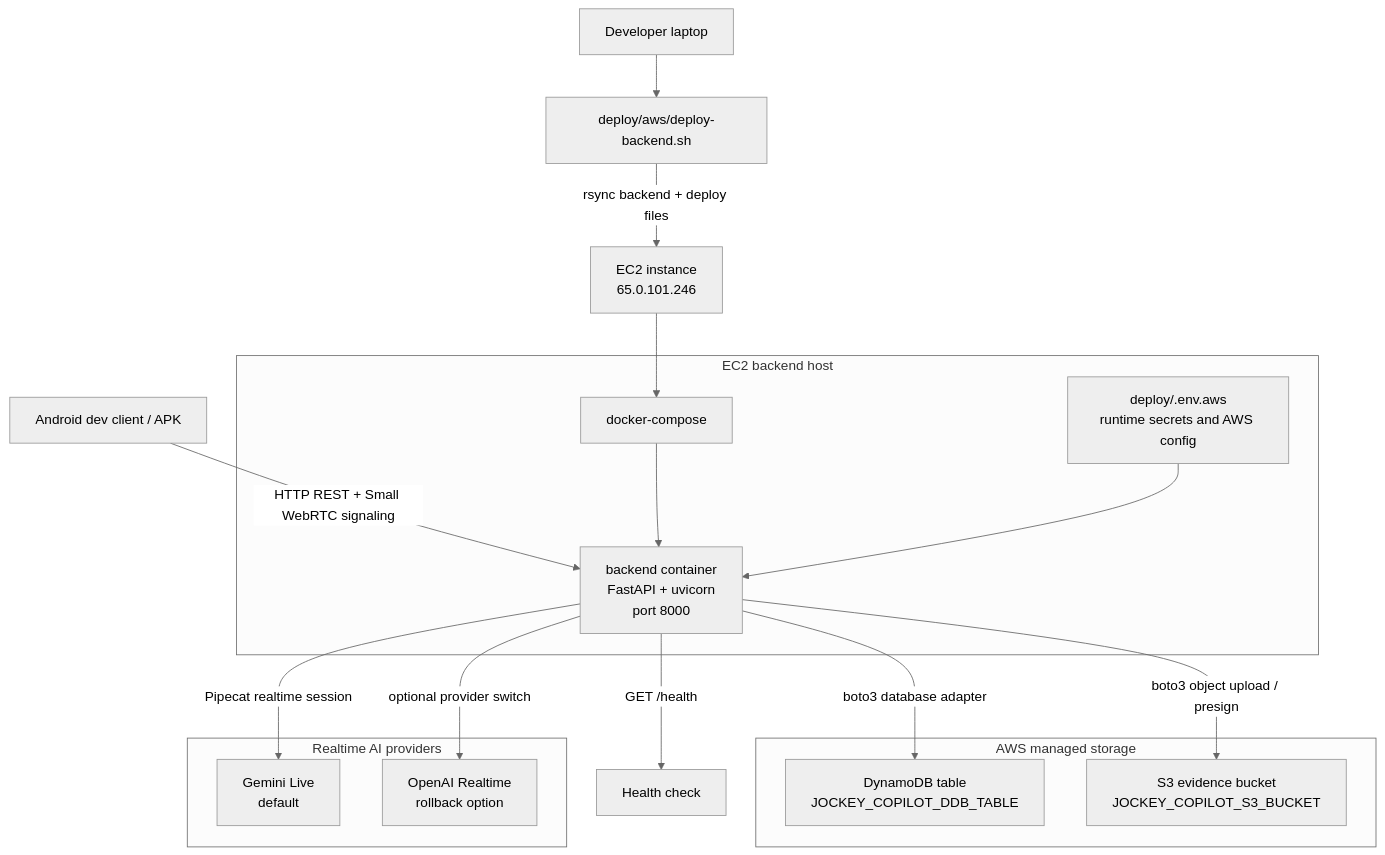
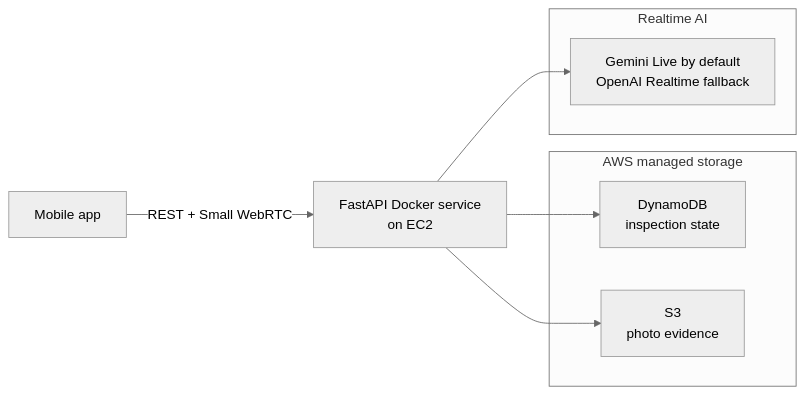
The first of 11 diagrams in ARCHITECTURE.md (adityabhattad2021/Inspection-Copilot), drawn with Mermaid (neutral theme) before and after one commit. The commit also changed other lines of this file, not shown here.

````diff
--- a/ARCHITECTURE.md
+++ b/ARCHITECTURE.md
@@ -25,31 +25,17 @@
 ```mermaid
-flowchart TB
-  Dev["Developer laptop"] --> DeployScript["deploy/aws/deploy-backend.sh"]
-  DeployScript -->|rsync backend + deploy files| EC2Host["EC2 instance<br/>65.0.101.246"]
+flowchart LR
+  Mobile["Mobile app"] -->|REST + Small WebRTC| Backend["FastAPI Docker service<br/>on EC2"]
 
-  subgraph EC2["EC2 backend host"]
-    Compose["docker-compose"]
-    Container["backend container<br/>FastAPI + uvicorn<br/>port 8000"]
-    Env["deploy/.env.aws<br/>runtime secrets and AWS config"]
+  subgraph AWS["AWS managed storage"]
+    DDB["DynamoDB<br/>inspection state"]
+    S3["S3<br/>photo evidence"]
   end
 
-  subgraph AWS["AWS managed storage"]
-    DDB["DynamoDB table<br/>JOCKEY_COPILOT_DDB_TABLE"]
-    S3["S3 evidence bucket<br/>JOCKEY_COPILOT_S3_BUCKET"]
+  subgraph AI["Realtime AI"]
+    Provider["Gemini Live by default<br/>OpenAI Realtime fallback"]
   end
 
-  subgraph AI["Realtime AI providers"]
-    Gemini["Gemini Live<br/>default"]
-    OpenAI["OpenAI Realtime<br/>rollback option"]
-  end
-
-  Android["Android dev client / APK"] -->|HTTP REST + Small WebRTC signaling| Container
-  EC2Host --> Compose
-  Compose --> Container
-  Env --> Container
-  Container -->|boto3 database adapter| DDB
-  Container -->|boto3 object upload / presign| S3
-  Container -->|Pipecat realtime session| Gemini
-  Container -->|optional provider switch| OpenAI
-  Container -->|GET /health| Health["Health check"]
+  Backend --> DDB
+  Backend --> S3
+  Backend --> Provider
 ```
````
